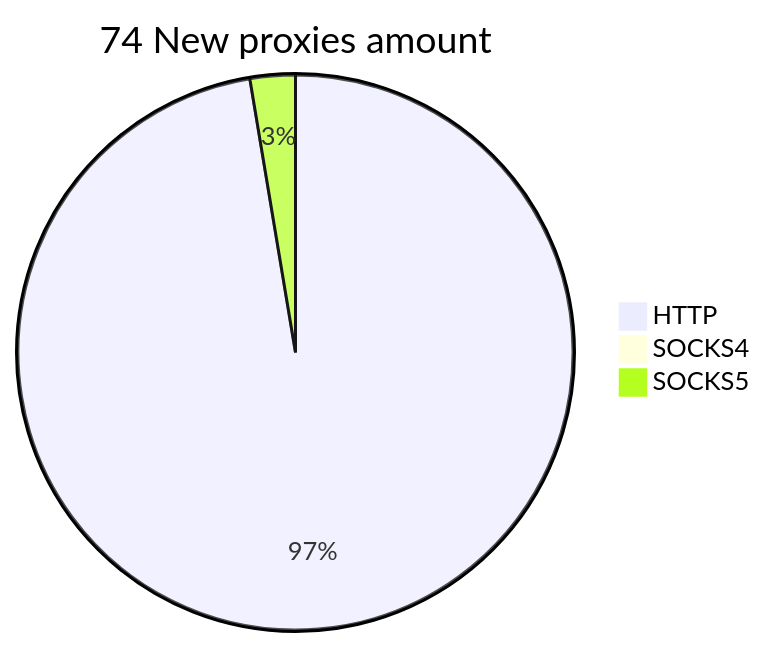
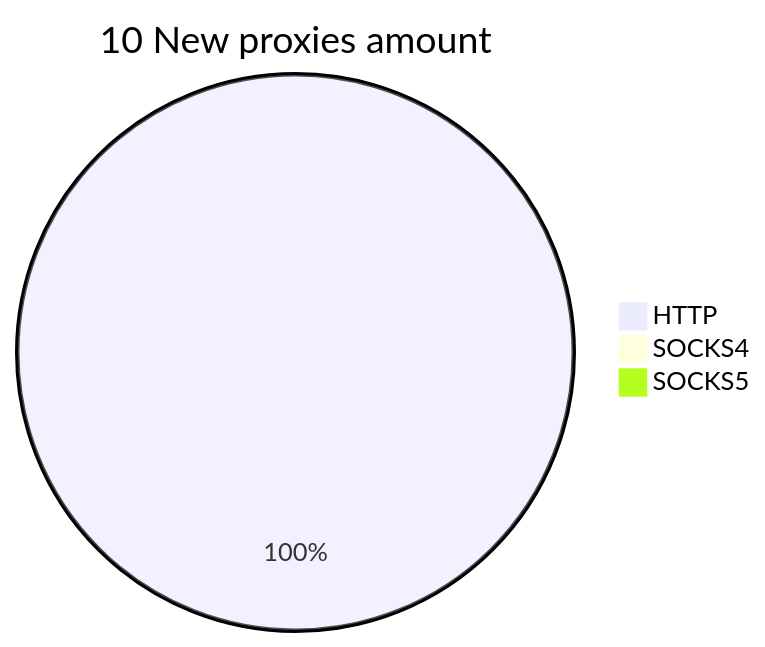
Before and after one commit to cutipu/proxylist: the second of 2 diagrams in README.md, drawn with Mermaid. The commit also changed other lines of this file, not shown here.

````diff
--- a/README.md
+++ b/README.md
@@ -10,6 +10,6 @@
 ```mermaid
-pie title 74 New proxies amount
-    "HTTP" : 74
+pie title 10 New proxies amount
+    "HTTP" : 26
     "SOCKS4" : 0
-    "SOCKS5" : 2
+    "SOCKS5" : 0
 ```
````
